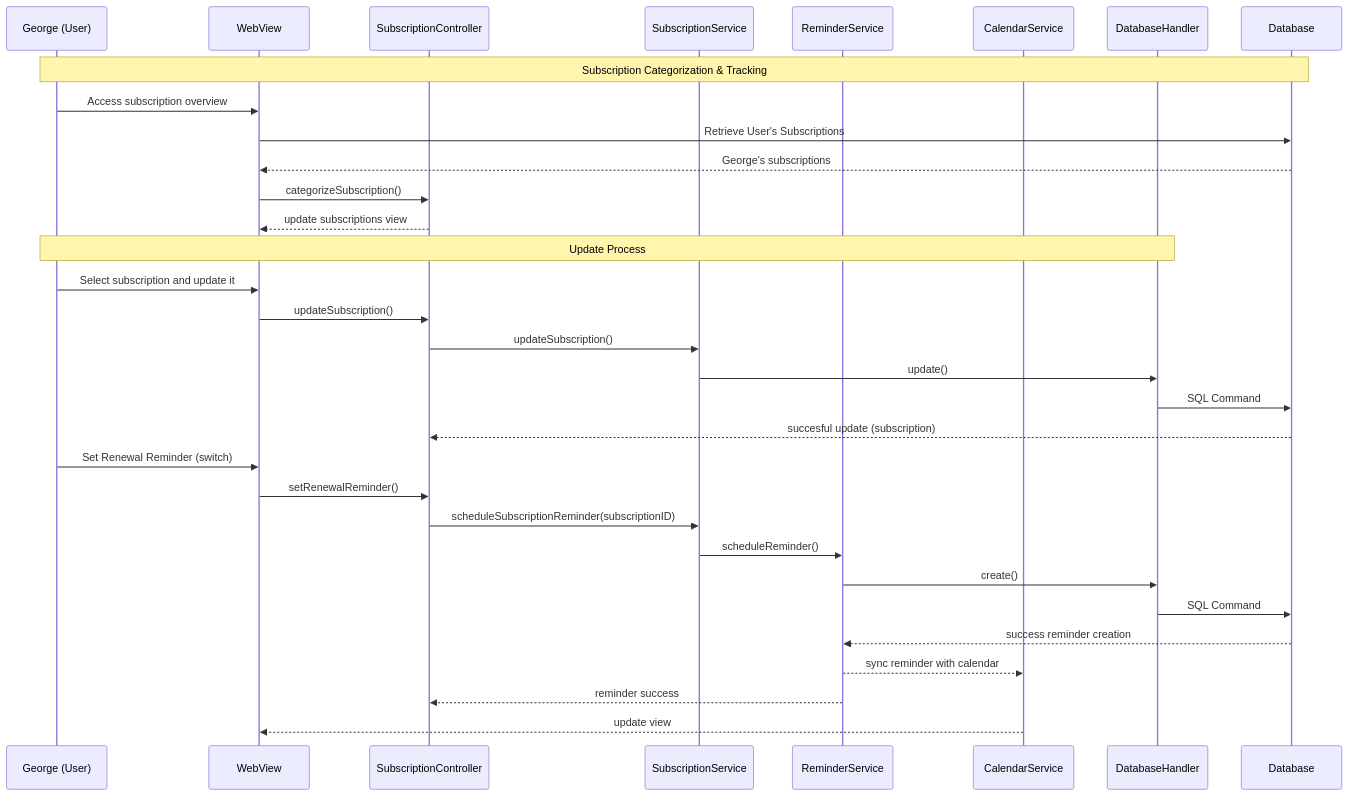
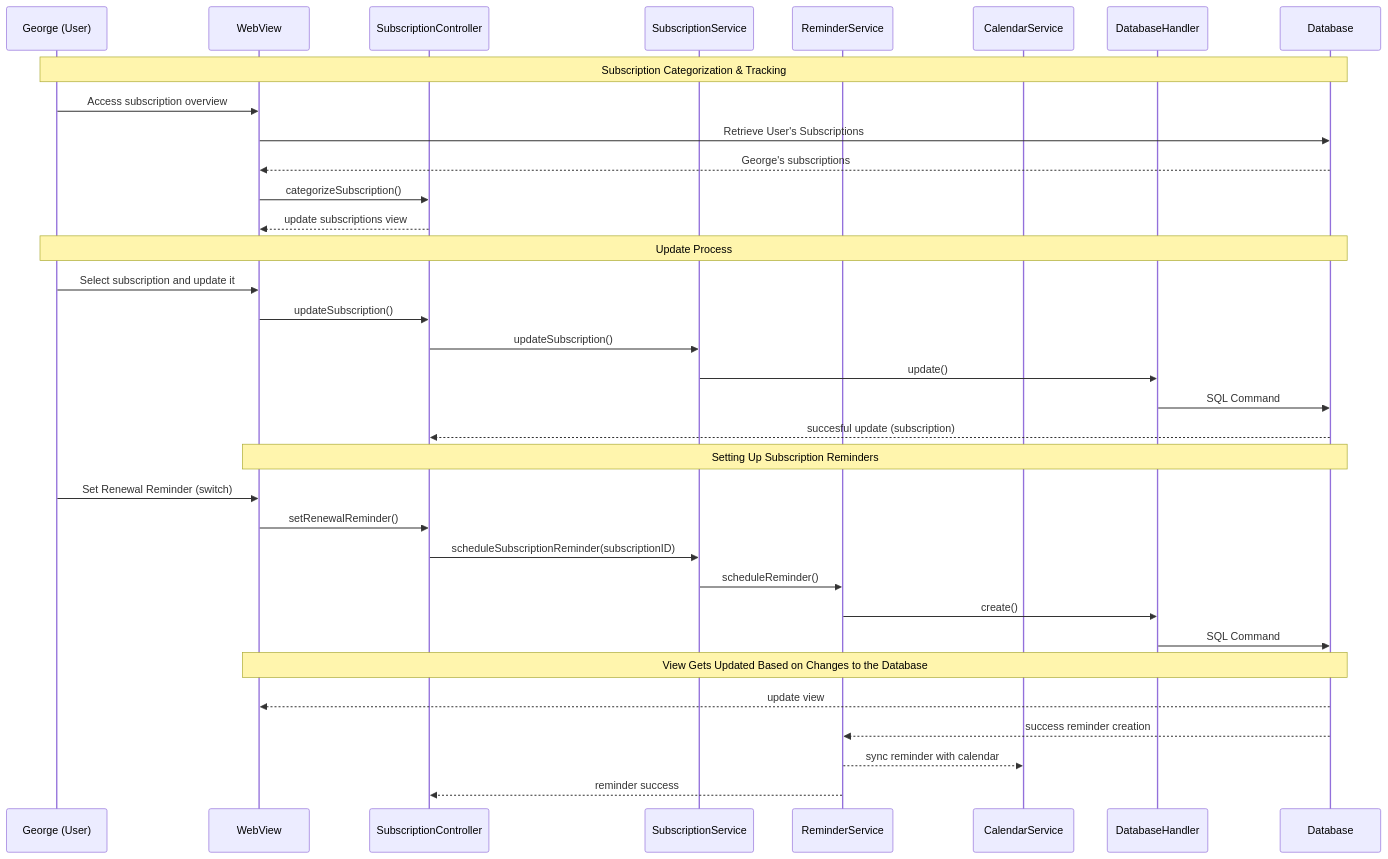
One commit to aguilarcarboni/monthly changed the diagram in agile/Updated/George/George1.md. Above: the diagram before and after it, drawn with Mermaid.

````diff
--- a/agile/Updated/George/George1.md
+++ b/agile/Updated/George/George1.md
@@ -1,38 +1,41 @@
 ```mermaid 
 sequenceDiagram
     participant G as George (User)
     participant WB as WebView
     participant SC as SubscriptionController
     participant SS as SubscriptionService
     participant RS as ReminderService
     participant CS as CalendarService
     participant DBH as DatabaseHandler
     participant DB as Database
 
     Note over G, DB: Subscription Categorization & Tracking 
     G->>WB: Access subscription overview
     WB->>DB: Retrieve User's Subscriptions 
     DB-->>WB: George's subscriptions
     WB->>SC: categorizeSubscription()
     SC-->>WB: update subscriptions view
 
-    Note over G, DBH: Update Process
+    Note over G, DB: Update Process
     G->>WB: Select subscription and update it 
     WB->>SC: updateSubscription()
     SC->>SS: updateSubscription()
     SS->>DBH: update()
     DBH->>DB: SQL Command
     DB-->>SC: succesful update (subscription)
 
+    Note over WB, DB: Setting Up Subscription Reminders
     G->>WB: Set Renewal Reminder (switch)
     WB->>SC: setRenewalReminder()
     SC->>SS: scheduleSubscriptionReminder(subscriptionID)
     SS->>RS: scheduleReminder()
     RS->>DBH: create()
     DBH->>DB: SQL Command
+
+    Note over WB, DB: View Gets Updated Based on Changes to the Database
+    DB-->>WB: update view
     DB-->>RS: success reminder creation
     RS-->>CS: sync reminder with calendar
     RS-->>SC: reminder success
-    CS-->>WB: update view
 
 ```
````
